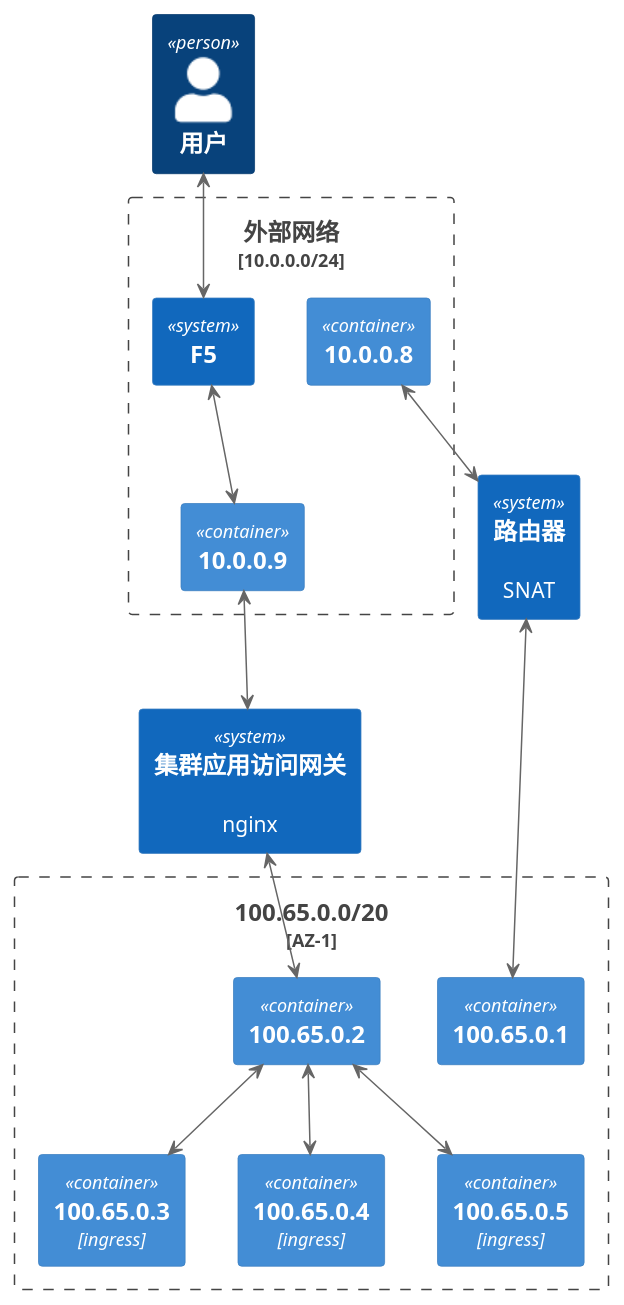
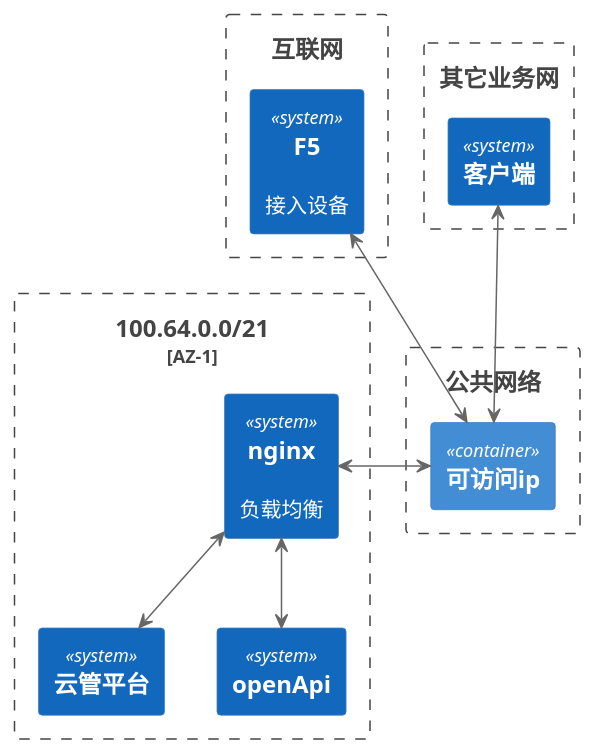
Before and after one commit to gardenerframework/impatiens: the seventh of 8 diagrams in 云与虚拟化/调度系统/k8s/实践/k8s生产集群部署/1. 网络规划/readme.md, drawn with PlantUML. The commit also changed other lines of this file and 2 other files, not shown here.

````diff
--- a/云与虚拟化/调度系统/k8s/实践/k8s生产集群部署/1. 网络规划/readme.md
+++ b/云与虚拟化/调度系统/k8s/实践/k8s生产集群部署/1. 网络规划/readme.md
@@ -449,34 +267,24 @@
 ```plantuml
 @startuml
 !include  https://plantuml.s3.cn-north-1.jdcloud-oss.com/C4_Container.puml
-Person(用户, 用户)
-Boundary(外部网络, 外部网络, 10.0.0.0/24) {
-    System(F5, F5)
-    Container(10.0.0.8, 10.0.0.8)
-    Container(10.0.0.9, 10.0.0.9)
+Boundary(管理网络1, 100.64.0.0/21, AZ-1){
+    System(nginx, nginx, 负载均衡)
+    System(云管平台, 云管平台)
+    System(openApi, openApi)
+    nginx <-d-> 云管平台
+    nginx <-d-> openApi
 }
-System(路由器, 路由器, SNAT)
-System(集群应用访问网关, 集群应用访问网关, nginx)
-Boundary(容器流量网, 100.65.0.0/20, AZ-1) {
-    Container(100.65.0.1, 100.65.0.1)
-    Container(100.65.0.2, 100.65.0.2)
-    Container(100.65.0.3, 100.65.0.3, ingress)
-    Container(100.65.0.4, 100.65.0.4, ingress)
-    Container(100.65.0.5, 100.65.0.5, ingress)
+Boundary(访问者网络, 公共网络) {
+    Container(可访问ip, 可访问ip)
 }
-
-路由器<-u->10.0.0.8
-路由器<-d->100.65.0.1
-
-集群应用访问网关<-u->10.0.0.9
-集群应用访问网关<-d->100.65.0.2
-
-100.65.0.2<-d->100.65.0.3
-100.65.0.2<-d->100.65.0.4
-100.65.0.2<-d->100.65.0.5
-
-用户<-->F5
-F5 <-->10.0.0.9
-
+Boundary(互联网, 互联网) {
+     System(F5, F5, 接入设备)
+}
+Boundary(其它业务网, 其它业务网) {
+     System(客户端, 客户端)
+}
+nginx <-r->可访问ip
+客户端 <-d->可访问ip
+F5 <-d->可访问ip
 @enduml
 ```
````
